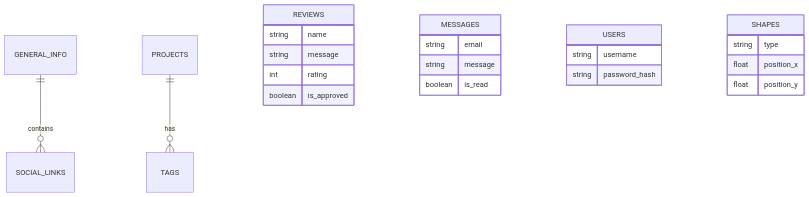
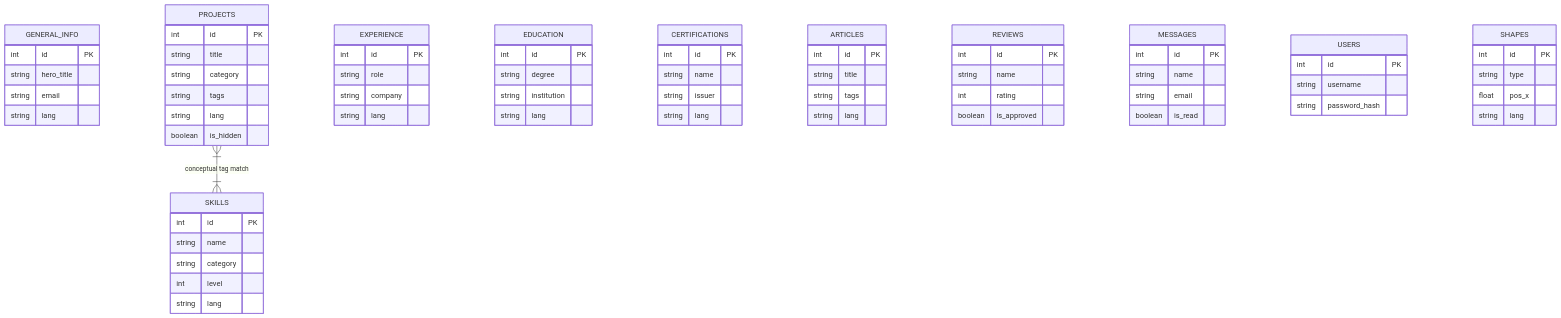
The second of 3 diagrams in README.md (YAadnane/Protfolio), drawn with Mermaid before and after one commit.

Commit message:
docs: complete ER diagram with all tables

````diff
--- a/README.md
+++ b/README.md
@@ -79,25 +79,73 @@
 ```mermaid
 erDiagram
-    GENERAL_INFO ||--o{ SOCIAL_LINKS : contains
-    PROJECTS ||--o{ TAGS : has
+    GENERAL_INFO {
+        int id PK
+        string hero_title
+        string email
+        string lang
+    }
+    PROJECTS {
+        int id PK
+        string title
+        string category
+        string tags
+        string lang
+        boolean is_hidden
+    }
+    SKILLS {
+        int id PK
+        string name
+        string category
+        int level
+        string lang
+    }
+    EXPERIENCE {
+        int id PK
+        string role
+        string company
+        string lang
+    }
+    EDUCATION {
+        int id PK
+        string degree
+        string institution
+        string lang
+    }
+    CERTIFICATIONS {
+        int id PK
+        string name
+        string issuer
+        string lang
+    }
+    ARTICLES {
+        int id PK
+        string title
+        string tags
+        string lang
+    }
     REVIEWS {
+        int id PK
         string name
-        string message
         int rating
         boolean is_approved
     }
     MESSAGES {
+        int id PK
+        string name
         string email
-        string message
         boolean is_read
     }
     USERS {
+        int id PK
         string username
         string password_hash
     }
     SHAPES {
+        int id PK
         string type
-        float position_x
-        float position_y
+        float pos_x
+        string lang
     }
+
+    PROJECTS }|--|{ SKILLS : "conceptual tag match"
 ```
````
